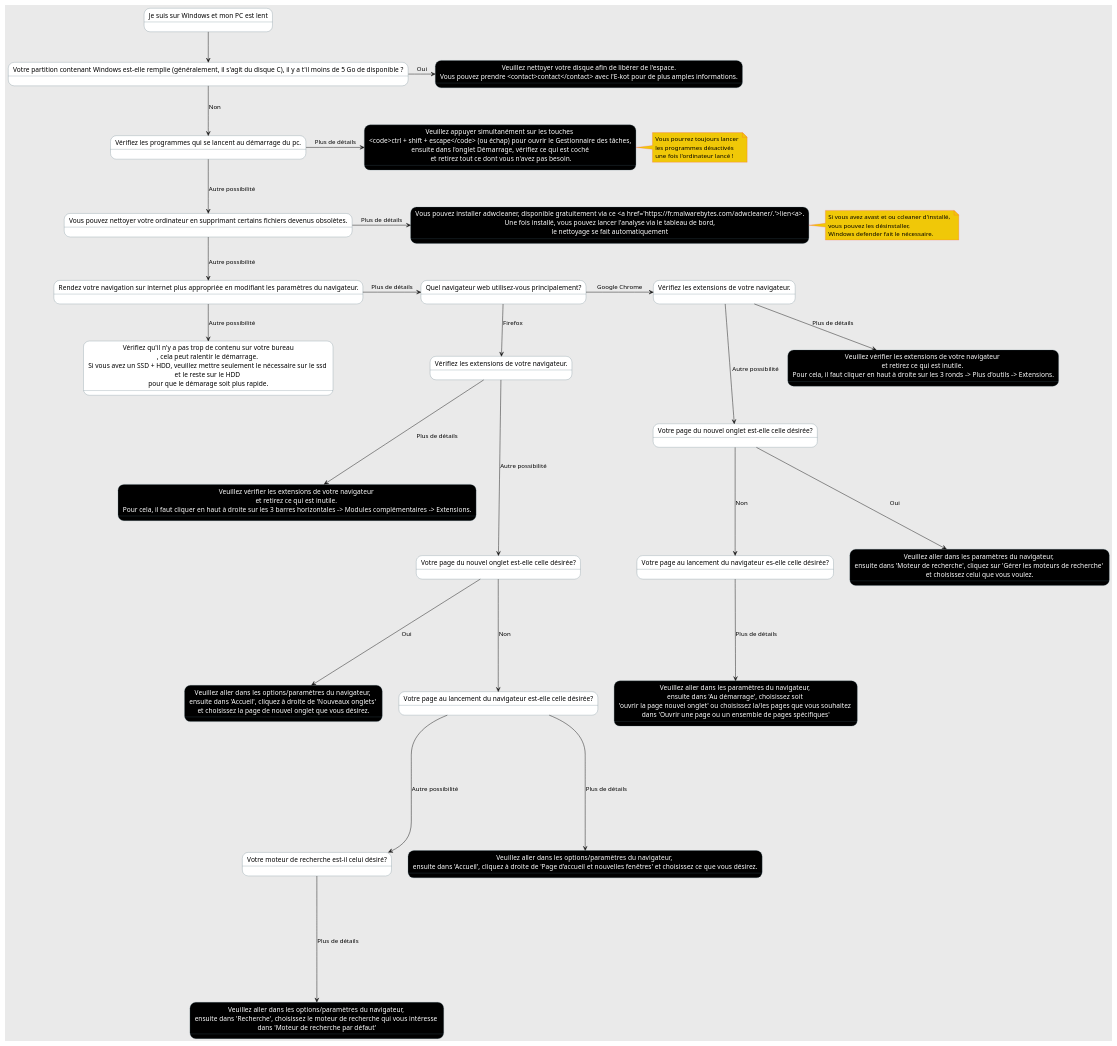
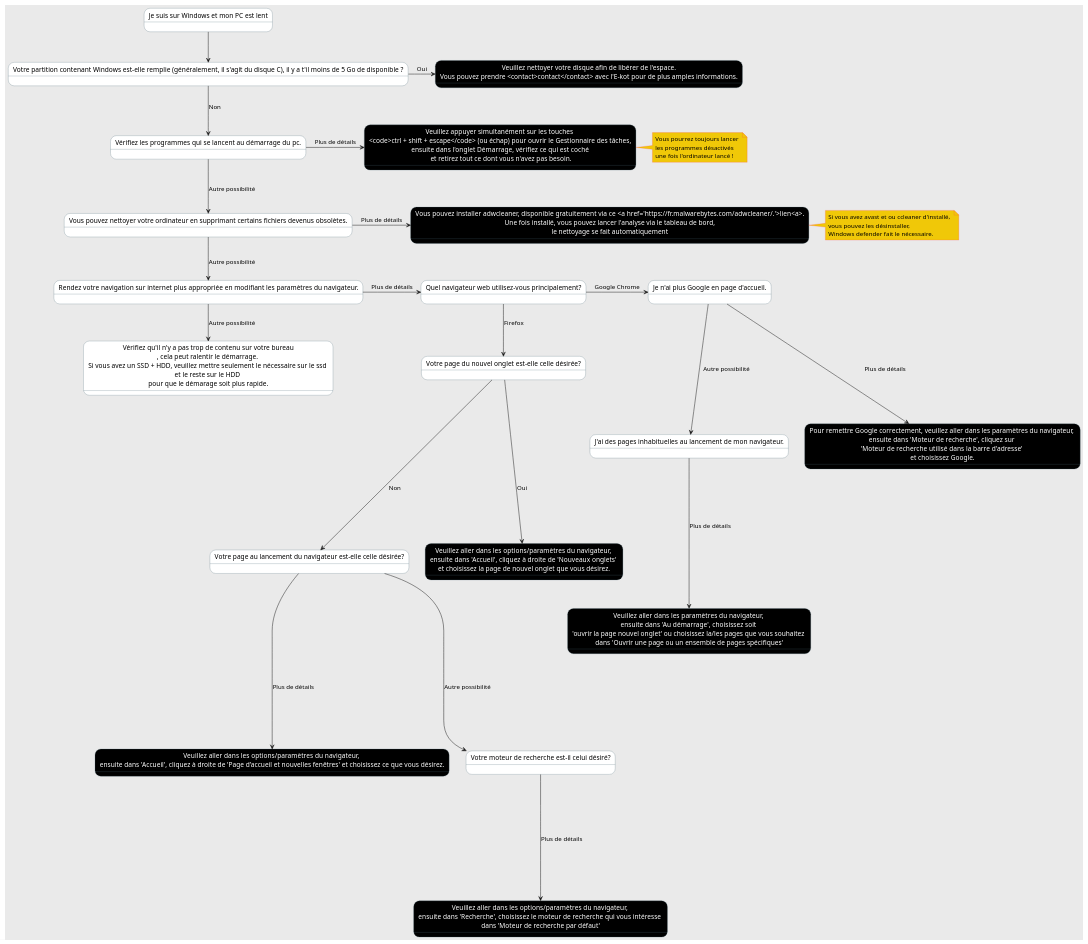
Before and after one commit to e-kot-unamur/aide: the diagram in client/src/static/diagrams/3/diagram.plantuml, drawn with PlantUML. The commit also changed 2 other files, not shown here.

Commit message:
correctionPlantUml + Json"

```diff
--- a/client/src/static/diagrams/3/diagram.plantuml
+++ b/client/src/static/diagrams/3/diagram.plantuml
@@ -1,83 +1,75 @@
 @startuml
 skinparam backgroundColor #EAEAEA
 skinparam note {
     BackgroundColor #F0C808
     BorderColor #FE4A49
 }
 skinparam state {
     BackgroundColor #fff
     BackgroundColor<<Leaf>> #000000
     FontColor<<Leaf>> #FFF
     BorderColor #4F6D7A
 }
 
 state "Je suis sur Windows et mon PC est lent" as root
 
 state "Votre partition contenant Windows est-elle remplie (généralement, il s'agit du disque C), il y a t'il moins de 5 Go de disponible ?" as diskState
 
 state "Vérifiez les programmes qui se lancent au démarrage du pc." as startup 
 
 state "Vous pouvez nettoyer votre ordinateur en supprimant certains fichiers devenus obsolètes." as clean
 
 state "Rendez votre navigation sur internet plus appropriée en modifiant les paramètres du navigateur." as browsing
 
 state "Quel navigateur web utilisez-vous principalement?" as browser
 
-state "Vérifiez les extensions de votre navigateur." as extG
-state "Votre page du nouvel onglet est-elle celle désirée?" as newPageG
-state "Votre page au lancement du navigateur es-elle celle désirée?" as startBrowserG
+state "Je n'ai plus Google en page d'accueil." as newPageG
+state "J'ai des pages inhabituelles au lancement de mon navigateur." as startBrowserG
 
-state "Vérifiez les extensions de votre navigateur." as extF
 state "Votre page du nouvel onglet est-elle celle désirée?" as newPageF
 state "Votre page au lancement du navigateur est-elle celle désirée?" as startBrowserF
 state "Votre moteur de recherche est-il celui désiré?" as searchEngineF
 
 state "Vérifiez qu'il n'y a pas trop de contenu sur votre bureau\n, cela peut ralentir le démarrage. \nSi vous avez un SSD + HDD, veuillez mettre seulement le nécessaire sur le ssd \net le reste sur le HDD \npour que le démarage soit plus rapide." as other
 
 state "Veuillez nettoyer votre disque afin de libérer de l'espace.\nVous pouvez prendre <contact>contact</contact> avec l'E-kot pour de plus amples informations." as diskSol <<Leaf>>
 state "Veuillez appuyer simultanément sur les touches \n<code>ctrl + shift + escape</code> (ou échap) pour ouvrir le Gestionnaire des tâches,\nensuite dans l'onglet Démarrage, vérifiez ce qui est coché\n et retirez tout ce dont vous n'avez pas besoin." as startupSol <<Leaf>>
 state "Vous pouvez installer adwcleaner, disponible gratuitement via ce <a href='https://fr.malwarebytes.com/adwcleaner/.'>lien<a>.\nUne fois installé, vous pouvez lancer l'analyse via le tableau de bord,\nle nettoyage se fait automatiquement" as cleanSol <<Leaf>>
 
-state "Veuillez vérifier les extensions de votre navigateur \net retirez ce qui est inutile. \nPour cela, il faut cliquer en haut à droite sur les 3 ronds -> Plus d'outils -> Extensions." as extLeafG <<Leaf>>
-state "Veuillez aller dans les paramètres du navigateur, \nensuite dans 'Moteur de recherche', cliquez sur 'Gérer les moteurs de recherche' \net choisissez celui que vous voulez." as newPageLeafG <<Leaf>>
+state "Pour remettre Google correctement, veuillez aller dans les paramètres du navigateur, \nensuite dans 'Moteur de recherche', cliquez sur \n'Moteur de recherche utilisé dans la barre d'adresse' \net choisissez Google." as newPageLeafG <<Leaf>>
 state "Veuillez aller dans les paramètres du navigateur, \nensuite dans 'Au démarrage', choisissez soit \n'ouvrir la page nouvel onglet' ou choisissez la/les pages que vous souhaitez \ndans 'Ouvrir une page ou un ensemble de pages spécifiques'" as startBrowserLeafG <<Leaf>>
 
-state "Veuillez vérifier les extensions de votre navigateur \net retirez ce qui est inutile. \nPour cela, il faut cliquer en haut à droite sur les 3 barres horizontales -> Modules complémentaires -> Extensions." as extLeafF <<Leaf>>
 state "Veuillez aller dans les options/paramètres du navigateur, \nensuite dans 'Accueil', cliquez à droite de 'Nouveaux onglets' \net choisissez la page de nouvel onglet que vous désirez." as newPageLeafF <<Leaf>>
 state "Veuillez aller dans les options/paramètres du navigateur, \nensuite dans 'Accueil', cliquez à droite de 'Page d’accueil et nouvelles fenêtres' et choisissez ce que vous désirez." as startBrowserLeafF <<Leaf>>
 state "Veuillez aller dans les options/paramètres du navigateur, \nensuite dans 'Recherche', choisissez le moteur de recherche qui vous intéresse \ndans 'Moteur de recherche par défaut'" as searchEngineLeafF <<Leaf>>
 
 note right of startupSol : Vous pourrez toujours lancer \nles programmes désactivés \nune fois l'ordinateur lancé !
 note right of cleanSol : Si vous avez avast et ou ccleaner d'installé, \nvous pouvez les désinstaller, \nWindows defender fait le nécessaire.
 
 root --> diskState
 
 diskState -> diskSol: Oui
 diskState --> startup: Non
 
 startup -> startupSol: Plus de détails
 startup --> clean: Autre possibilité
 
 clean -> cleanSol: Plus de détails 
 clean --> browsing: Autre possibilité 
 
 browsing -> browser: Plus de détails
 browsing --> other: Autre possibilité
 
-browser -> extG: Google Chrome
-extG --> extLeafG: Plus de détails
-extG ---> newPageG: Autre possibilité
-newPageG ---> newPageLeafG: Oui
-newPageG ---> startBrowserG: Non
+browser -> newPageG: Google Chrome
+newPageG ---> newPageLeafG: Plus de détails
+newPageG ---> startBrowserG: Autre possibilité
 startBrowserG ----> startBrowserLeafG: Plus de détails
 
-browser --> extF : Firefox
-extF ---> extLeafF: Plus de détails
-extF ----> newPageF: Autre possibilité
+browser --> newPageF : Firefox
 newPageF ----> newPageLeafF: Oui
 newPageF ----> startBrowserF: Non
 startBrowserF -----> startBrowserLeafF: Plus de détails
 startBrowserF -----> searchEngineF: Autre possibilité
 searchEngineF -----> searchEngineLeafF: Plus de détails
 
 @enduml
```
